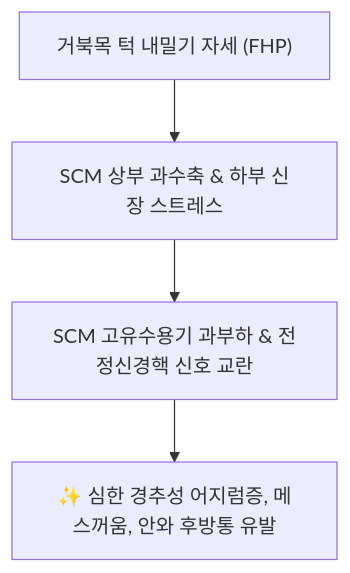
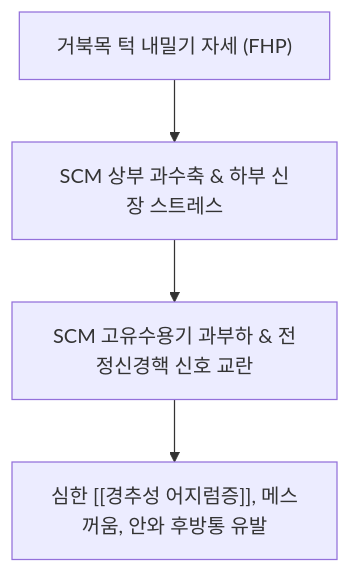
The second of 3 diagrams in content/1. 근골격계 공부/근육/(2) 경부/흉쇄유돌근.md (simbio11/simbio-digital-garden2), drawn with Mermaid before and after one commit. The commit also changed other lines of this file and 150 other files, not shown here.

````diff
--- a/content/1. 근골격계 공부/근육/(2) 경부/흉쇄유돌근.md
+++ b/content/1. 근골격계 공부/근육/(2) 경부/흉쇄유돌근.md
@@ -49,6 +72,6 @@
 ```mermaid
 graph TD
     ChinPoke["거북목 턱 내밀기 자세 (FHP)"] --> SCM_Overfire["SCM 상부 과수축 & 하부 신장 스트레스"]
     SCM_Overfire --> ProprioceptiveChaos["SCM 고유수용기 과부하 & 전정신경핵 신호 교란"]
-    ProprioceptiveChaos --> DizzinessAndAutonomic["✨ 심한 경추성 어지럼증, 메스꺼움, 안와 후방통 유발"]
+    ProprioceptiveChaos --> DizzinessAndAutonomic["심한 [[경추성 어지럼증]], 메스꺼움, 안와 후방통 유발"]
 ```
````
